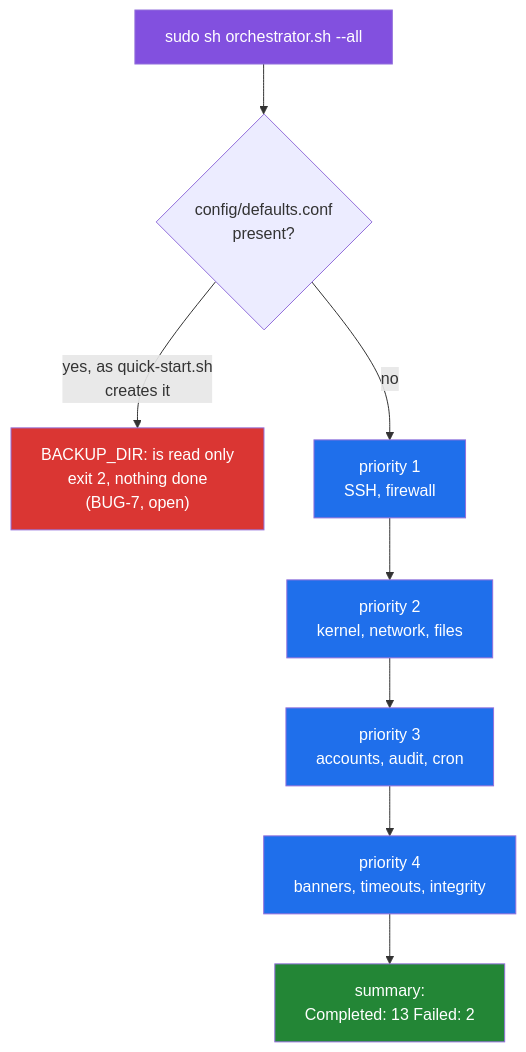
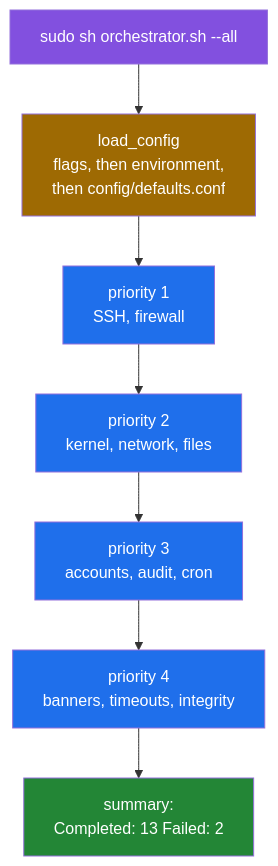
Before and after one commit to Bissbert/POSIX-hardening: the first of 2 diagrams in README.md, drawn with Mermaid. The commit also changed other lines of this file and 25 other files, not shown here.

````diff
--- a/README.md
+++ b/README.md
@@ -13,18 +13,17 @@
 ```mermaid
 flowchart TD
-    START["sudo sh orchestrator.sh --all"] --> CFG{"config/defaults.conf<br/>present?"}
-    CFG -- "yes, as quick-start.sh<br/>creates it" --> RO["BACKUP_DIR: is read only<br/>exit 2, nothing done<br/>(BUG-7, open)"]
-    CFG -- no --> P1["priority 1<br/>SSH, firewall"]
+    START["sudo sh orchestrator.sh --all"] --> CFG["load_config<br/>flags, then environment,<br/>then config/defaults.conf"]
+    CFG --> P1["priority 1<br/>SSH, firewall"]
     P1 --> P2["priority 2<br/>kernel, network, files"]
     P2 --> P3["priority 3<br/>accounts, audit, cron"]
     P3 --> P4["priority 4<br/>banners, timeouts, integrity"]
     P4 --> SUM["summary:<br/>Completed: 13  Failed: 2"]
 
     style START fill:#8250df,color:#fff
-    style RO fill:#da3633,color:#fff
+    style CFG fill:#9e6a03,color:#fff
     style P1 fill:#1f6feb,color:#fff
     style P2 fill:#1f6feb,color:#fff
     style P3 fill:#1f6feb,color:#fff
     style P4 fill:#1f6feb,color:#fff
     style SUM fill:#238636,color:#fff
 ```
````
